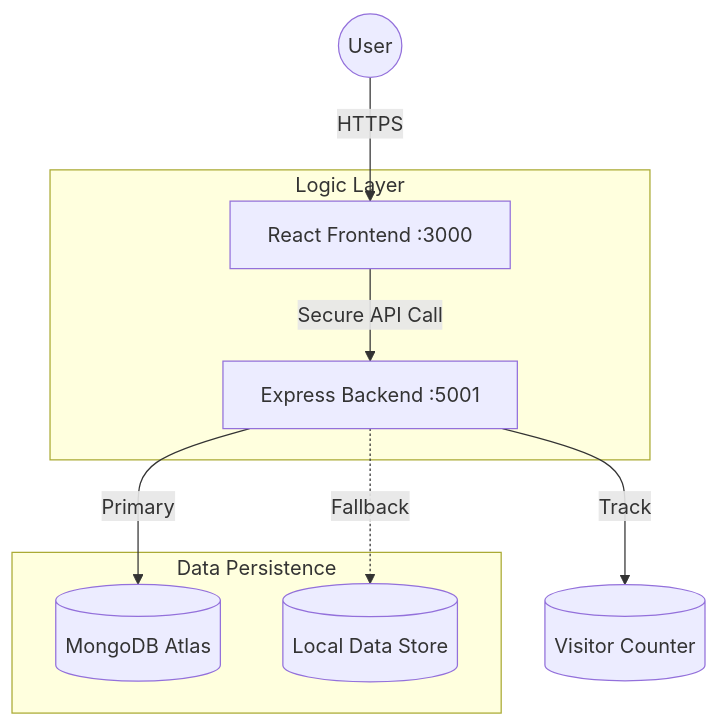
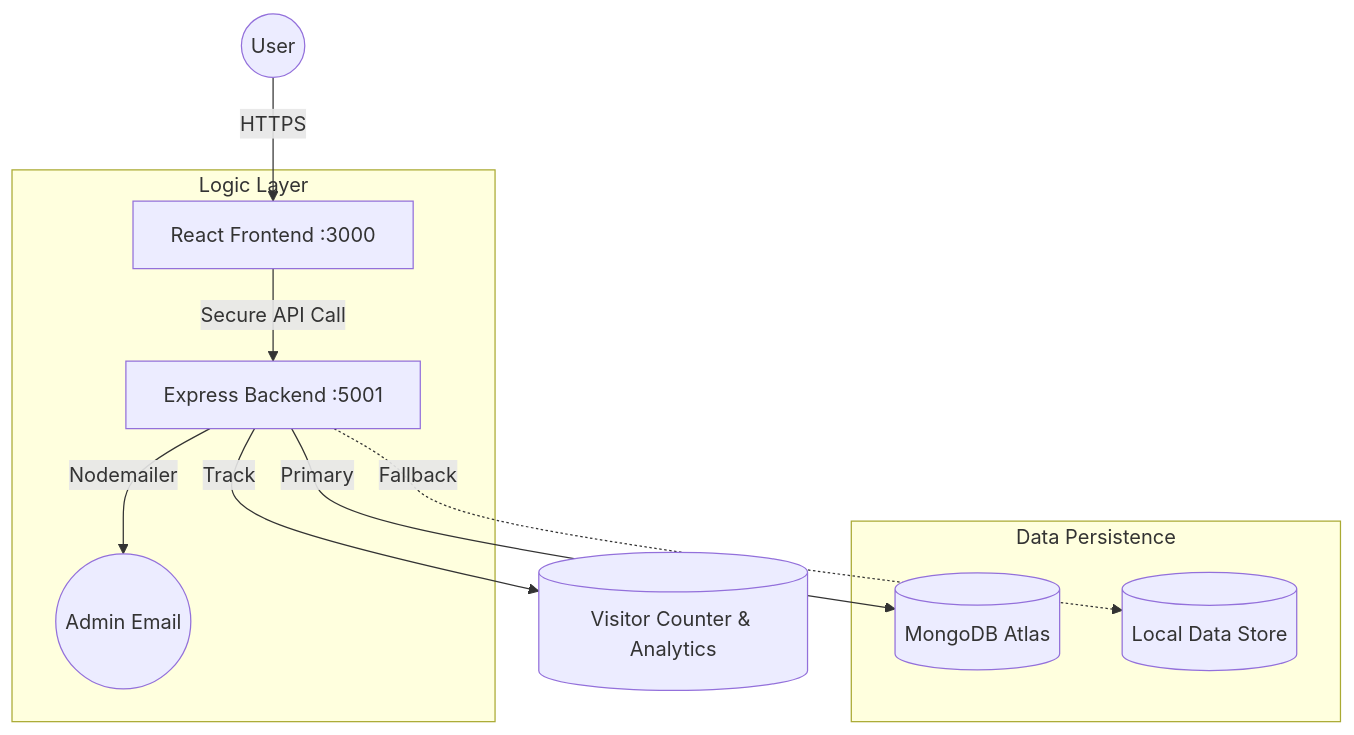
One commit to mdyasar49/portfolio-yasar changed the diagram in client/public/docs/README.md. Above: the diagram before and after it, drawn with Mermaid. The commit also changed other lines of this file and 24 other files, not shown here.

Commit message:
feat: implement full-stack MERN architecture with hybrid data persistence, proposal management, and real-time system telemetry

````diff
--- a/client/public/docs/README.md
+++ b/client/public/docs/README.md
@@ -34,12 +34,13 @@
 ```mermaid
 graph TD
     User((User)) -->|HTTPS| React[React Frontend :3000]
     subgraph "Logic Layer"
         React -->|Secure API Call| Express[Express Backend :5001]
+        Express -->|Nodemailer| AdminEmail((Admin Email))
     end
     subgraph "Data Persistence"
         Express -->|Primary| Mongo[(MongoDB Atlas)]
         Express -.->|Fallback| JSON[(Local Data Store)]
     end
-    Express -->|Track| Stats[(Visitor Counter)]
+    Express -->|Track| Stats[(Visitor Counter & Analytics)]
 ```
````
